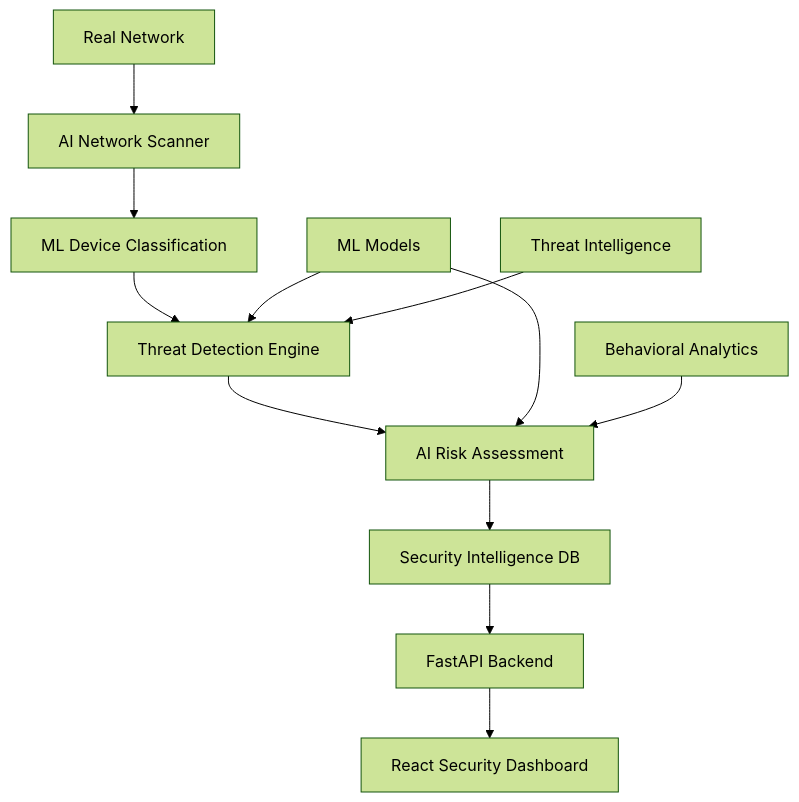
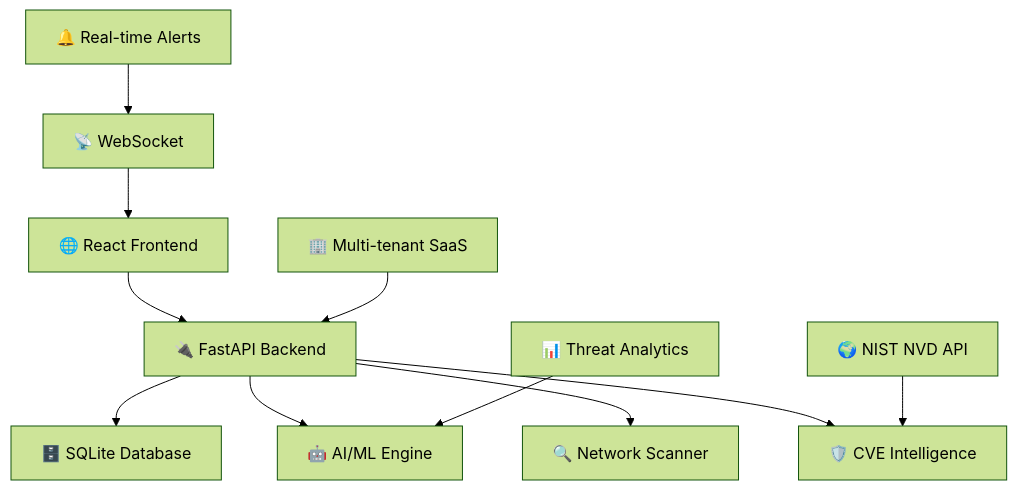
Before and after one commit to Pmvita/SecureNet: the diagram in README.md, drawn with Mermaid (forest theme). The commit also changed other lines of this file and 3 other files, not shown here.

````diff
--- a/README.md
+++ b/README.md
@@ -85,15 +193,14 @@
 ```mermaid
 graph TB
-    A[AI Network Scanner] --> B[ML Device Classification]
-    B --> C[Threat Detection Engine]
-    C --> D[AI Risk Assessment]
-    D --> E[Security Intelligence DB]
-    E --> F[FastAPI Backend]
-    F --> G[React Security Dashboard]
+    A[🌐 React Frontend] --> B[🔌 FastAPI Backend]
+    B --> C[🗄️ SQLite Database]
+    B --> D[🤖 AI/ML Engine]
+    B --> E[🔍 Network Scanner]
+    B --> F[🛡️ CVE Intelligence]
     
-    H[Real Network] --> A
-    I[ML Models] --> C
-    I --> D
-    J[Threat Intelligence] --> C
-    K[Behavioral Analytics] --> D
+    G[📡 WebSocket] --> A
+    H[🔔 Real-time Alerts] --> G
+    I[📊 Threat Analytics] --> D
+    J[🌍 NIST NVD API] --> F
+    K[🏢 Multi-tenant SaaS] --> B
 ```
````
